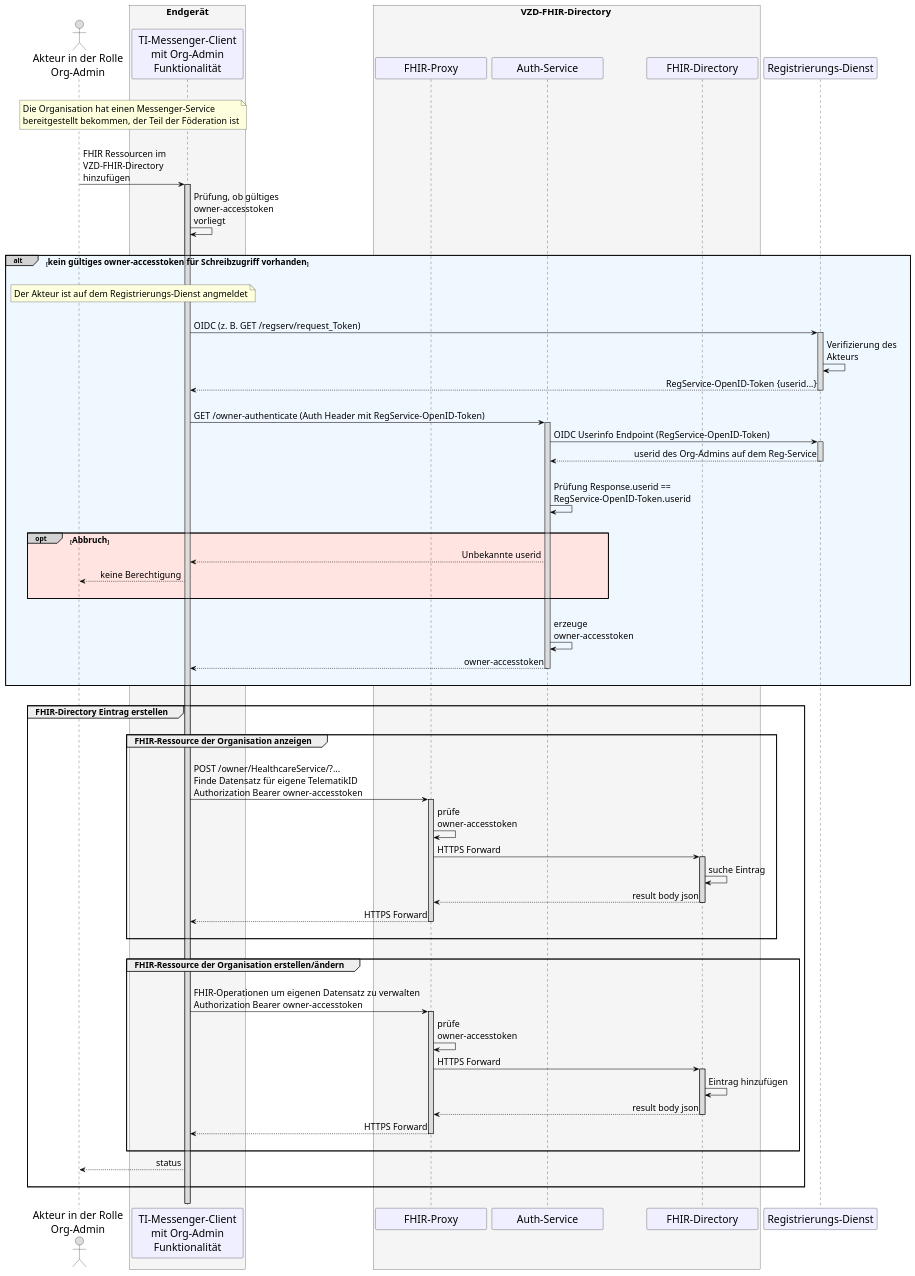
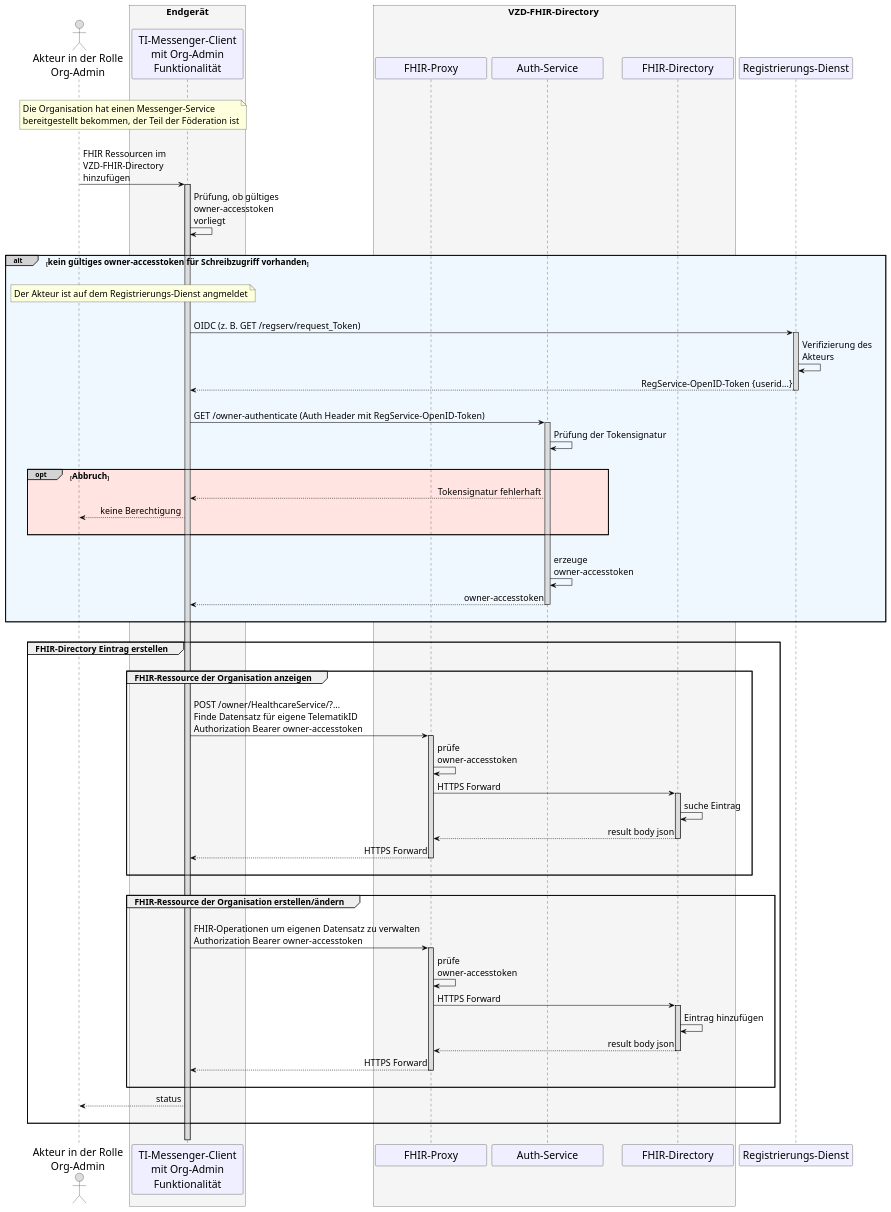
The diagram in src/plantuml/TI-Messenger-Dienst/Ressourcen/UC_10059_Seq.puml (gematik/api-ti-messenger), drawn with PlantUML before and after one commit.

```diff
--- a/src/plantuml/TI-Messenger-Dienst/Ressourcen/UC_10059_Seq.puml
+++ b/src/plantuml/TI-Messenger-Dienst/Ressourcen/UC_10059_Seq.puml
@@ -9,117 +9,112 @@
 @startuml
 skinparam sequenceMessageAlign direction
 skinparam minClassWidth 200
 skinparam BoxPadding 1
 skinparam sequenceReferenceHeaderBackgroundColor palegreen
 scale max 2048 width
 
 skinparam sequence {
 ArrowColor black
 ArrowFontSize 17
 ActorBorderColor black
 LifeLineBorderColor black
 LifeLineBackgroundColor Gainsboro
 
 ParticipantBorderColor Motivation
 ParticipantBackgroundColor Motivation
 ParticipantFontSize 20
 ParticipantFontColor black
 ParticipantBorderColor Black
 ParticipantBackgroundColor MOTIVATION
 
 ActorBackgroundColor Gainsboro
 ActorFontColor black
 ActorFontSize 20
 ActorFontName Aapex
 }
     actor U as "Akteur in der Rolle\nOrg-Admin"
     box <size:18>Endgerät</size>\n #WhiteSmoke 
     participant C as "TI-Messenger-Client\n mit Org-Admin \nFunktionalität"
     end box
     box <size:18>VZD-FHIR-Directory</size> #WhiteSmoke
       participant FP as "FHIR-Proxy"
       participant Auth as "Auth-Service"
       participant VZD as "FHIR-Directory"
     end box
     participant RD as "Registrierungs-Dienst"
 
 |||
 note over U, C: <size:17>Die Organisation hat einen Messenger-Service\n<size:17>bereitgestellt bekommen, der Teil der Föderation ist</size>
 |||
 
 U->C: FHIR Ressourcen im \nVZD-FHIR-Directory \nhinzufügen
   Activate C
 C->C: Prüfung, ob gültiges \nowner-accesstoken \nvorliegt
 
 |||
 alt#LightGrey #AliceBlue <size:16>kein gültiges owner-accesstoken für Schreibzugriff vorhanden</size>
 |||
   note over U, C: <size:17>Der Akteur ist auf dem Registrierungs-Dienst angmeldet</size>
   |||
   C -> RD: OIDC (z. B. GET /regserv/request_Token)
     activate RD
   RD -> RD: Verifizierung des \nAkteurs
   RD --> C: RegService-OpenID-Token {userid...}
     deactivate RD
   |||
   C->Auth: GET /owner-authenticate (Auth Header mit RegService-OpenID-Token)
     activate Auth
-  Auth -> RD: OIDC Userinfo Endpoint (RegService-OpenID-Token)
-    activate RD
-  RD --> Auth: userid des Org-Admins auf dem Reg-Service
-    deactivate RD
+  Auth -> Auth: Prüfung der Tokensignatur
   |||
-  Auth -> Auth: Prüfung Response.userid ==\nRegService-OpenID-Token.userid
-    |||
     opt#LightGrey #MistyRose <size:16>Abbruch</size>
-    Auth --> C: Unbekannte userid
-   C --> U: keine Berechtigung
+    Auth --> C: Tokensignatur fehlerhaft
+    C --> U: keine Berechtigung
     |||
     end
   |||
   Auth->Auth: erzeuge \nowner-accesstoken
   Auth-->C: owner-accesstoken
   ||| 
     deactivate Auth
 end
 |||
 
 group <size:16>FHIR-Directory Eintrag erstellen</size>
   |||
   group <size:16>FHIR-Ressource der Organisation anzeigen</size>
   |||
   C->FP: POST /owner/HealthcareService/?... \nFinde Datensatz für eigene TelematikID \nAuthorization Bearer owner-accesstoken
     Activate FP
   FP->FP: prüfe \nowner-accesstoken
   FP->VZD: HTTPS Forward
     Activate VZD
   VZD->VZD: suche Eintrag
   VZD-->FP: result body json
     Deactivate VZD
   FP-->C: HTTPS Forward
     Deactivate FP
   |||
   end
 
   |||
   group <size:16>FHIR-Ressource der Organisation erstellen/ändern</size>
   |||
   C->FP: FHIR-Operationen um eigenen Datensatz zu verwalten \nAuthorization Bearer owner-accesstoken
     Activate FP
   FP->FP: prüfe \nowner-accesstoken
   FP->VZD: HTTPS Forward
     Activate VZD
   VZD->VZD: Eintrag hinzufügen
   VZD-->FP: result body json
     Deactivate VZD
   FP-->C: HTTPS Forward
      Deactivate FP
   |||
   end
   C-->U: status    
   |||
 end
 |||
 
   Deactivate C
 @enduml
```
